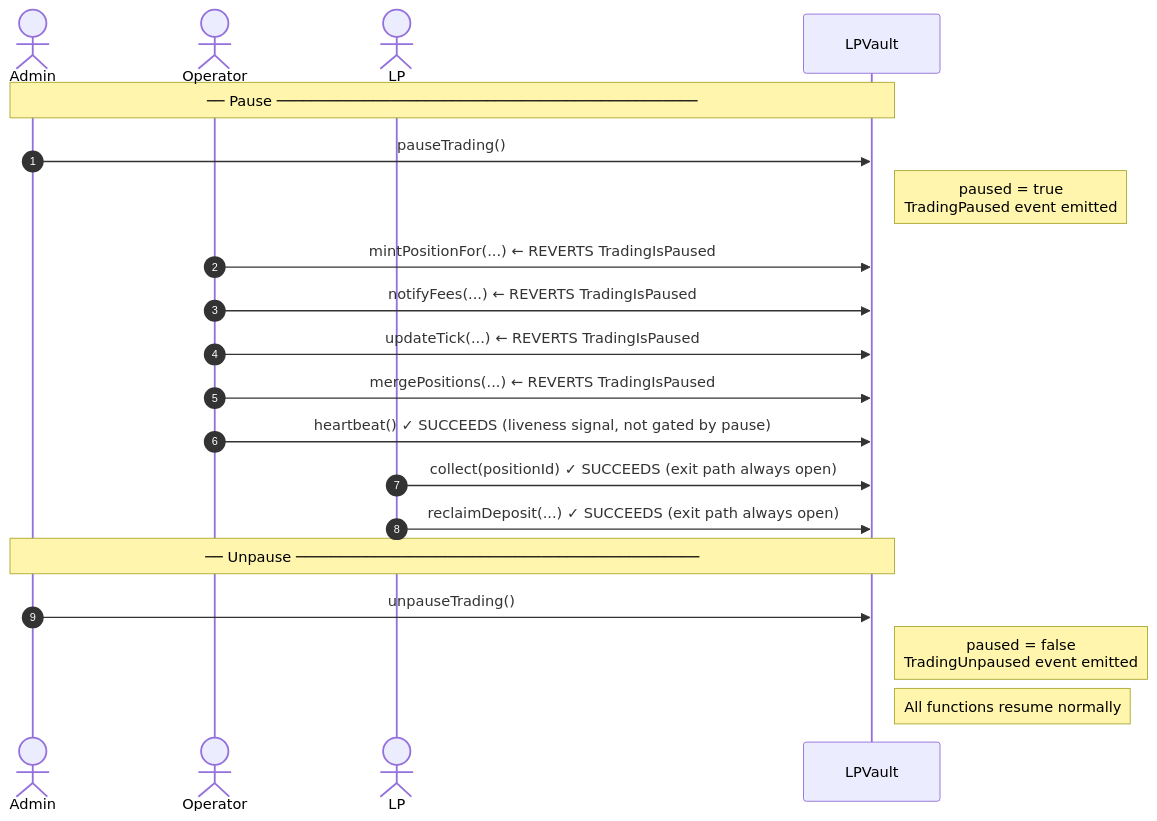
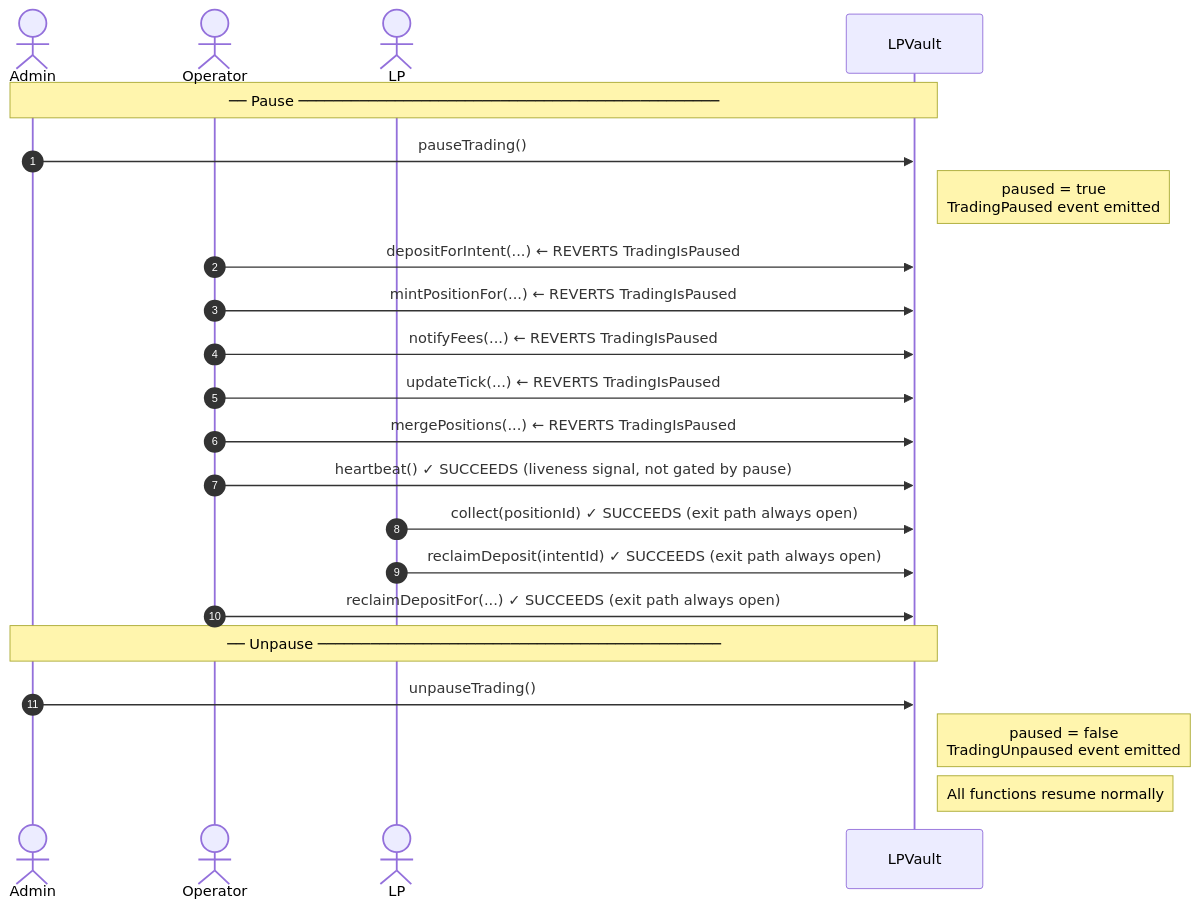
The tenth of 12 diagrams in FLOWS.md (ProphetMarket/lp-vaults), drawn with Mermaid before and after one commit. The commit also changed other lines of this file and 4 other files, not shown here.

````diff
--- a/FLOWS.md
+++ b/FLOWS.md
@@ -313,26 +318,28 @@
 ```mermaid
 sequenceDiagram
     autonumber
     actor Admin
     actor Operator
     actor LP
     participant Vault as LPVault
 
     Note over Admin,Vault: ── Pause ────────────────────────────────────────────────
     Admin->>Vault: pauseTrading()
     Note right of Vault: paused = true<br/>TradingPaused event emitted
 
+    Operator->>Vault: depositForIntent(...) ← REVERTS TradingIsPaused
     Operator->>Vault: mintPositionFor(...) ← REVERTS TradingIsPaused
     Operator->>Vault: notifyFees(...)      ← REVERTS TradingIsPaused
     Operator->>Vault: updateTick(...)      ← REVERTS TradingIsPaused
     Operator->>Vault: mergePositions(...)  ← REVERTS TradingIsPaused
     Operator->>Vault: heartbeat()          ✓ SUCCEEDS (liveness signal, not gated by pause)
 
     LP->>Vault: collect(positionId)        ✓ SUCCEEDS (exit path always open)
-    LP->>Vault: reclaimDeposit(...)        ✓ SUCCEEDS (exit path always open)
+    LP->>Vault: reclaimDeposit(intentId)   ✓ SUCCEEDS (exit path always open)
+    Operator->>Vault: reclaimDepositFor(...) ✓ SUCCEEDS (exit path always open)
 
     Note over Admin,Vault: ── Unpause ──────────────────────────────────────────────
     Admin->>Vault: unpauseTrading()
     Note right of Vault: paused = false<br/>TradingUnpaused event emitted
     Note right of Vault: All functions resume normally
 ```
````
